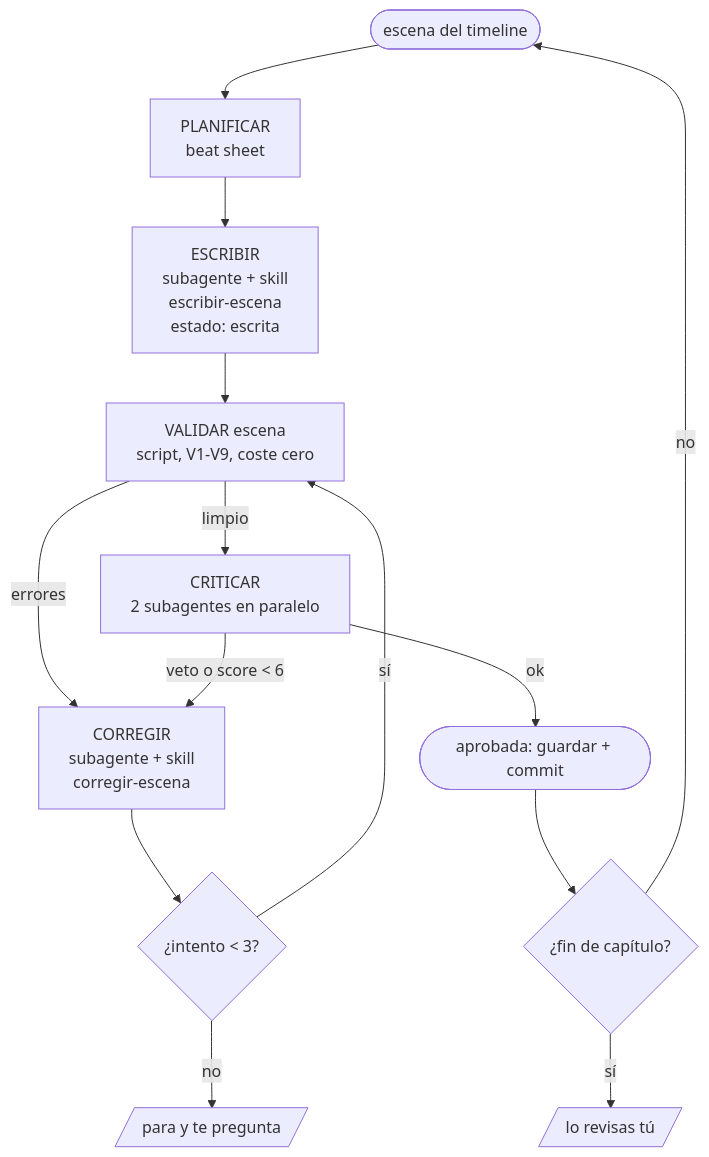
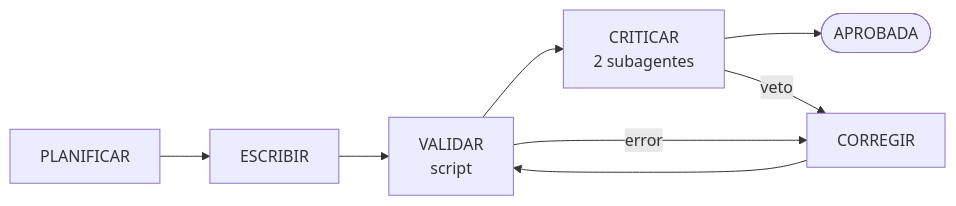
The second of 2 diagrams in SPEC.md (emilioqaracter/Story-Maker), drawn with Mermaid before and after one commit. The commit also changed other lines of this file, not shown here.

````diff
--- a/SPEC.md
+++ b/SPEC.md
@@ -241,16 +511,7 @@
 ```mermaid
-flowchart TD
-    P([escena del timeline]) --> PL[PLANIFICAR<br/>beat sheet]
-    PL --> W[ESCRIBIR<br/>subagente + skill<br/>escribir-escena<br/>estado: escrita]
-    W --> V[VALIDAR escena<br/>script, V1-V9, coste cero]
-    V -- errores --> C2
-    V -- limpio --> C[CRITICAR<br/>2 subagentes en paralelo]
-    C -- veto o score &lt; 6 --> C2[CORREGIR<br/>subagente + skill<br/>corregir-escena]
-    C -- ok --> A([aprobada: guardar + commit])
-    C2 --> N{¿intento &lt; 3?}
-    N -- sí --> V
-    N -- no --> H[/para y te pregunta/]
-    A --> F{¿fin de capítulo?}
-    F -- sí --> R[/lo revisas tú/]
-    F -- no --> P
+flowchart LR
+    PL[PLANIFICAR] --> W[ESCRIBIR] --> V[VALIDAR<br/>script] --> C[CRITICAR<br/>2 subagentes] --> A([APROBADA])
+    V -->|error| F[CORREGIR]
+    C -->|veto| F
+    F --> V
 ```
````
